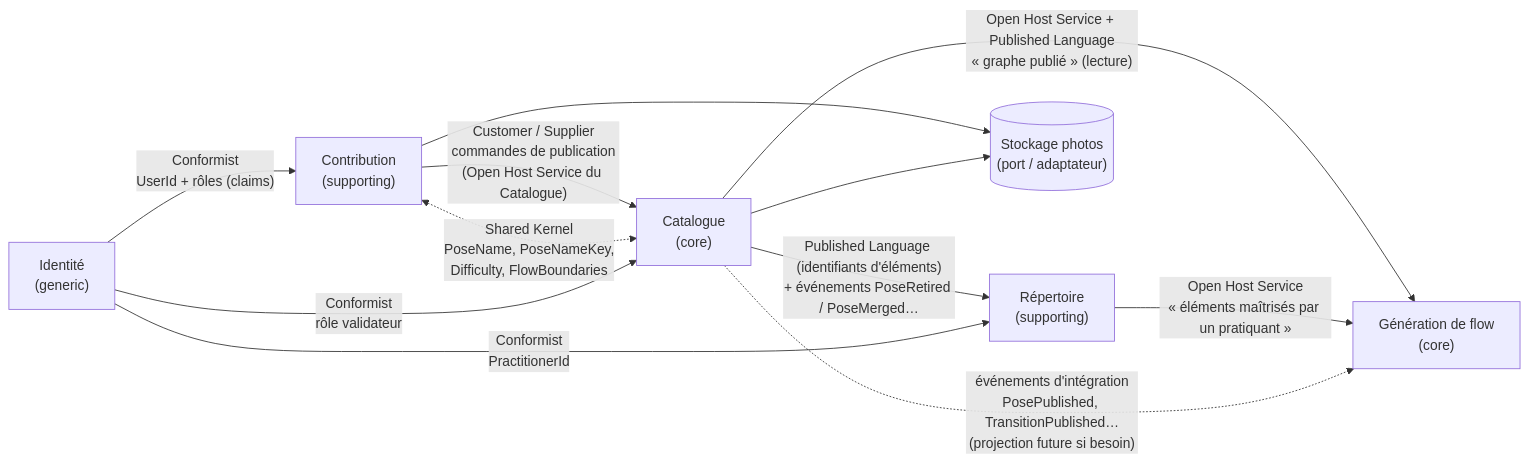
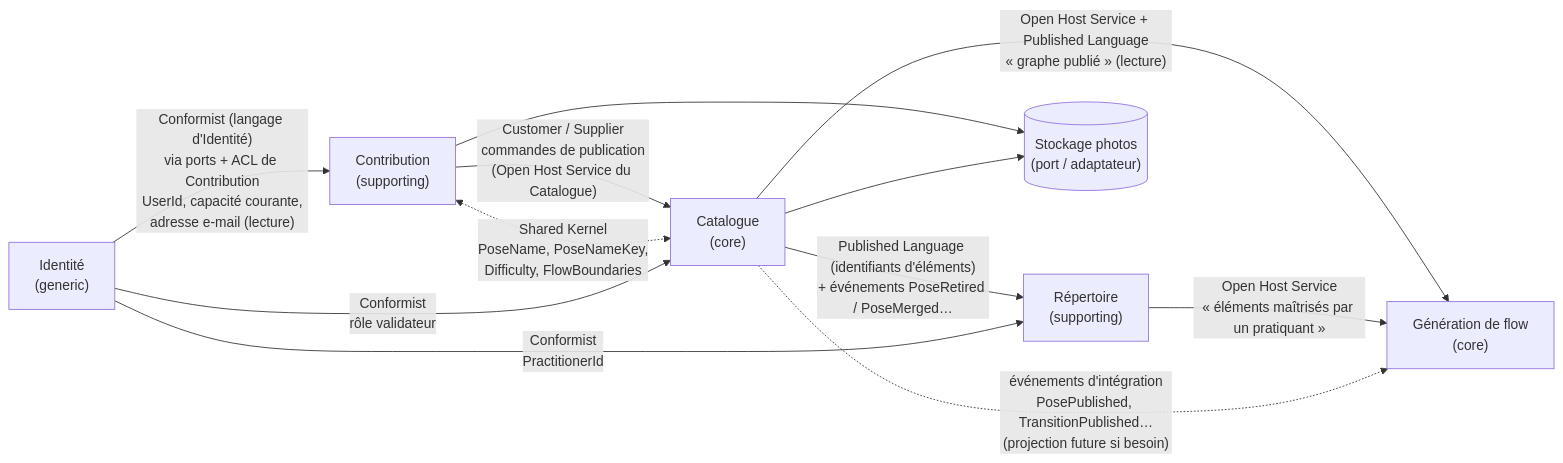
One commit to MarcUnterseh/AcroFunJam changed the diagram in docs/domain/context-map.md. Above: the diagram before and after it, drawn with Mermaid. The commit also changed other lines of this file and 95 other files, not shown here.

````diff
--- a/docs/domain/context-map.md
+++ b/docs/domain/context-map.md
@@ -16,21 +16,21 @@
 ```mermaid
 flowchart LR
   ID["Identité<br/>(generic)"]
   CO["Contribution<br/>(supporting)"]
   CA["Catalogue<br/>(core)"]
   FG["Génération de flow<br/>(core)"]
   RE["Répertoire<br/>(supporting)"]
   PS[("Stockage photos<br/>(port / adaptateur)")]
 
   CO -- "Customer / Supplier<br/>commandes de publication<br/>(Open Host Service du Catalogue)" --> CA
   CO <-.->|"Shared Kernel<br/>PoseName, PoseNameKey,<br/>Difficulty, FlowBoundaries"| CA
   CA -- "Open Host Service + Published Language<br/>« graphe publié » (lecture)" --> FG
   CA -- "Published Language (identifiants d'éléments)<br/>+ événements PoseRetired / PoseMerged…" --> RE
   RE -- "Open Host Service<br/>« éléments maîtrisés par un pratiquant »" --> FG
   ID -- "Conformist<br/>PractitionerId" --> RE
   CA -. "événements d'intégration<br/>PosePublished, TransitionPublished…<br/>(projection future si besoin)" .-> FG
-  ID -- "Conformist<br/>UserId + rôles (claims)" --> CO
+  ID -- "Conformist (langage d'Identité)<br/>via ports + ACL de Contribution<br/>UserId, capacité courante,<br/>adresse e-mail (lecture)" --> CO
   ID -- "Conformist<br/>rôle validateur" --> CA
   CO --> PS
   CA --> PS
 ```
````
